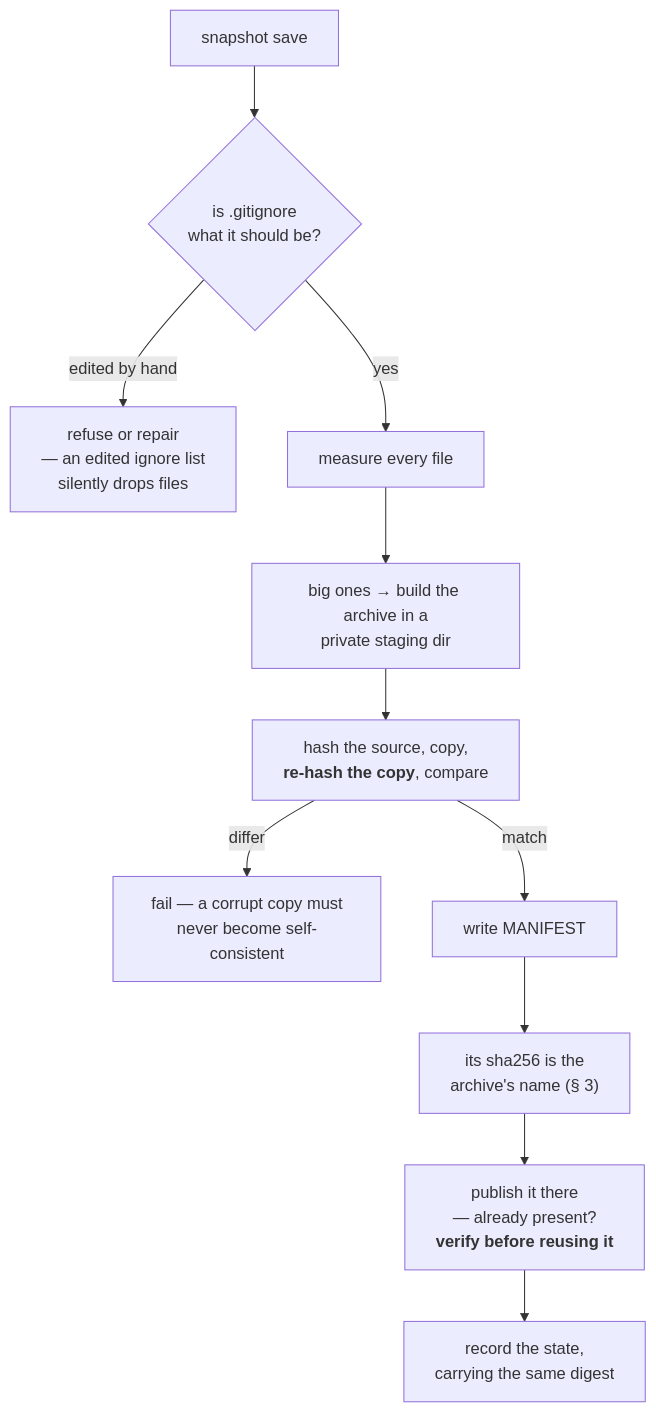
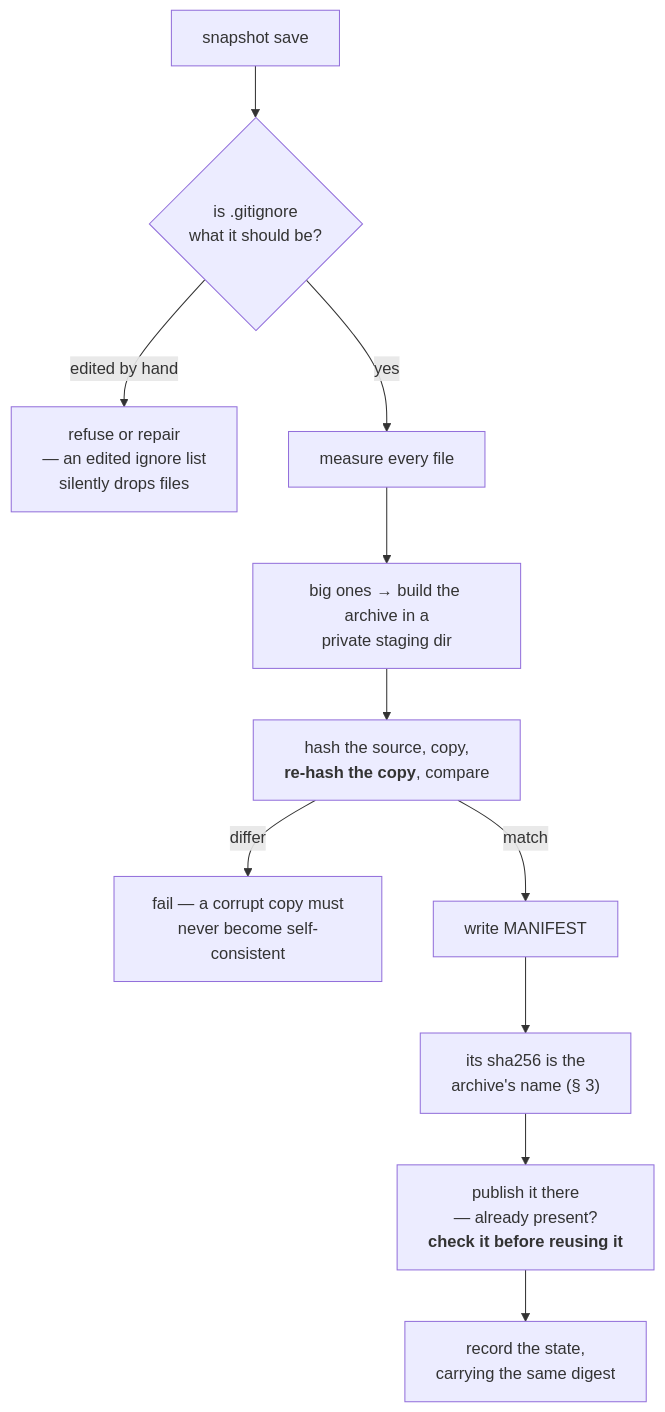
One commit to Qing-LAB/molbuilder changed the second of 3 diagrams in docs/execution/checkpointing.md. Above: the diagram before and after it, drawn with Mermaid. The commit also changed other lines of this file and 2 other files, not shown here.

First line of the commit message:
fix(checkpoint): the save's archive check goes back to cheap -- git's model, and the reason is git's own

````diff
--- a/docs/execution/checkpointing.md
+++ b/docs/execution/checkpointing.md
@@ -379,13 +379,13 @@
 ```mermaid
 flowchart TB
     S["snapshot save"] --> R{"is .gitignore<br/>what it should be?"}
     R -->|"edited by hand"| STOP1["refuse or repair<br/>— an edited ignore list<br/>silently drops files"]
     R -->|"yes"| M["measure every file"]
     M --> B["big ones → build the archive in a<br/>private staging dir"]
     B --> V["hash the source, copy,<br/><b>re-hash the copy</b>, compare"]
     V -->|"differ"| STOP2["fail — a corrupt copy must<br/>never become self-consistent"]
     V -->|"match"| W["write MANIFEST"]
     W --> D["its sha256 is the<br/>archive's name (§ 3)"]
-    D --> SW["publish it there<br/>— already present?<br/><b>verify before reusing it</b>"]
+    D --> SW["publish it there<br/>— already present?<br/><b>check it before reusing it</b>"]
     SW --> C["record the state,<br/>carrying the same digest"]
 ```
````
